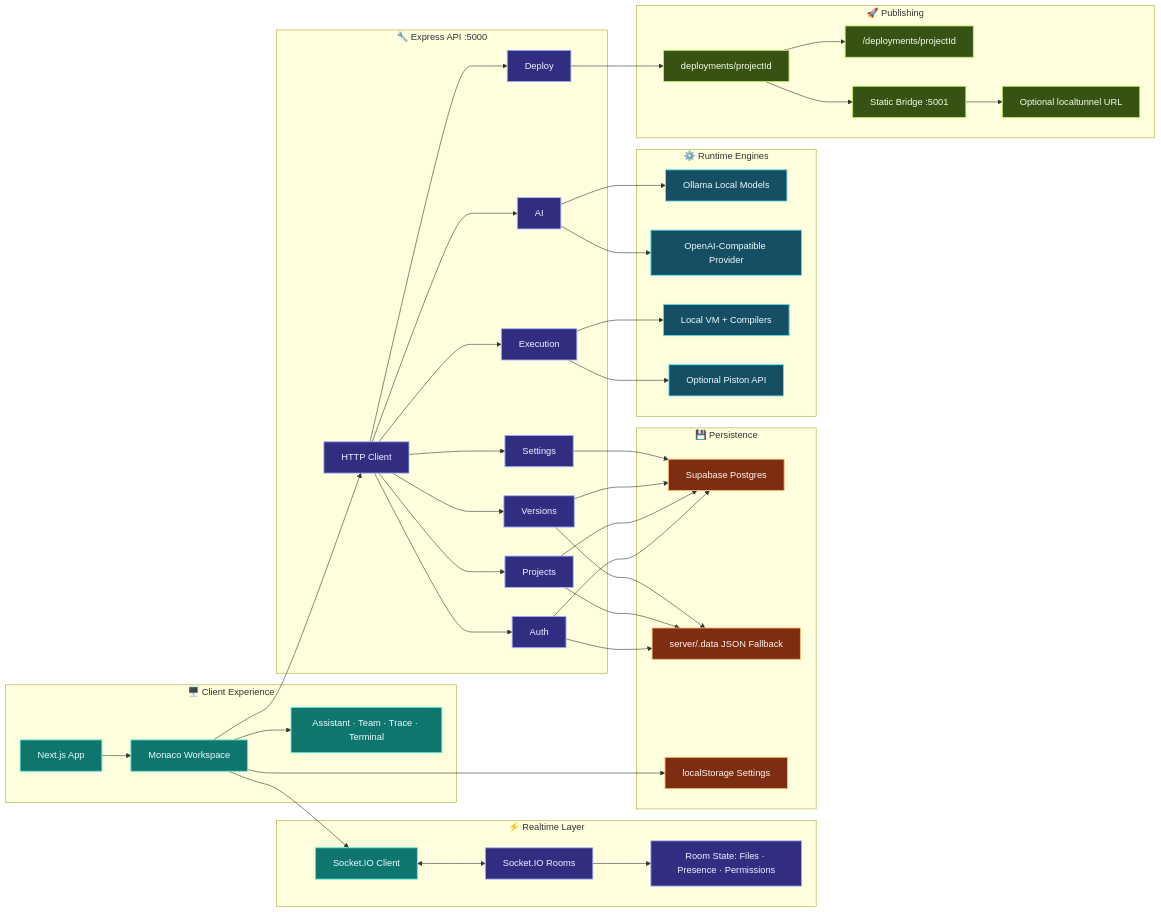
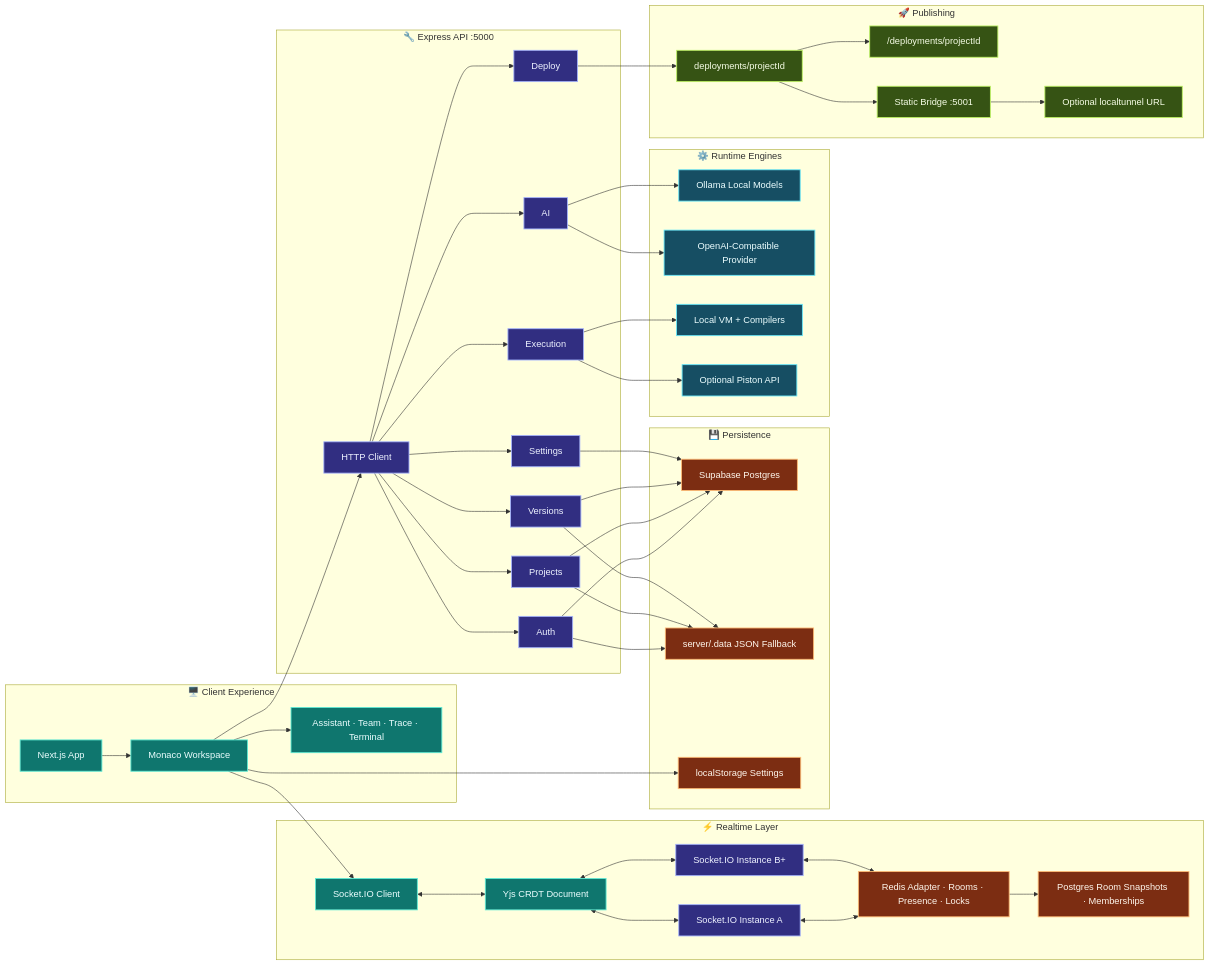
The second of 3 diagrams in README.md (Ayush-Kumar0207/codeverse), drawn with Mermaid before and after one commit. The commit also changed other lines of this file and 50 other files, not shown here.

````diff
--- a/README.md
+++ b/README.md
@@ -401,10 +406,17 @@
 
   subgraph R["⚡ Realtime Layer"]
     SocketClient["Socket.IO Client"]
-    SocketServer["Socket.IO Rooms"]
-    RoomState["Room State: Files · Presence · Permissions"]
-    SocketClient <--> SocketServer
-    SocketServer --> RoomState
+    YDoc["Yjs CRDT Document"]
+    SocketA["Socket.IO Instance A"]
+    SocketB["Socket.IO Instance B+"]
+    Redis["Redis Adapter · Rooms · Presence · Locks"]
+    DurableRooms["Postgres Room Snapshots · Memberships"]
+    SocketClient <--> YDoc
+    YDoc <--> SocketA
+    YDoc <--> SocketB
+    SocketA <--> Redis
+    SocketB <--> Redis
+    Redis --> DurableRooms
   end
 
   subgraph A["🔧 Express API :5000"]
@@ -464,9 +476,9 @@
   Execute --> Piston
   Deploy --> Deployments
 
-  class Browser,Workspace,Panels,SocketClient client;
-  class API,Auth,Projects,Code,AI,Execute,Deploy,Settings,SocketServer,RoomState server;
-  class Supabase,LocalJSON,LocalState data;
+  class Browser,Workspace,Panels,SocketClient,YDoc client;
+  class API,Auth,Projects,Code,AI,Execute,Deploy,Settings,SocketA,SocketB server;
+  class Supabase,LocalJSON,LocalState,Redis,DurableRooms data;
   class Ollama,OpenAI,LocalRuntime,Piston runtime;
   class Deployments,StaticAPI,StaticBridge,Tunnel deploy;
 ```
````
